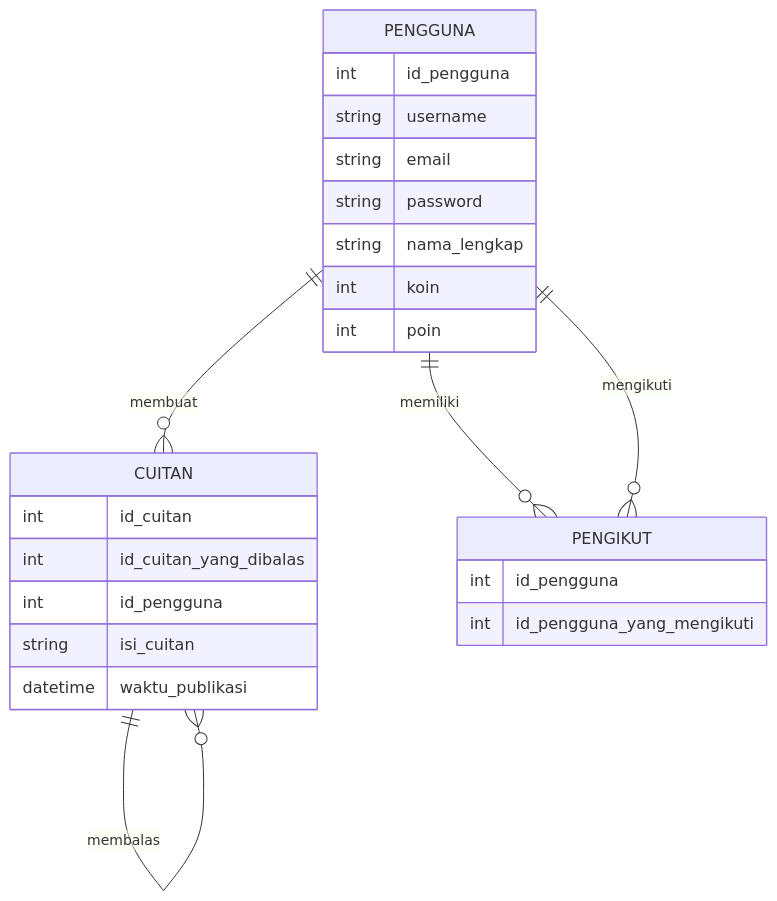
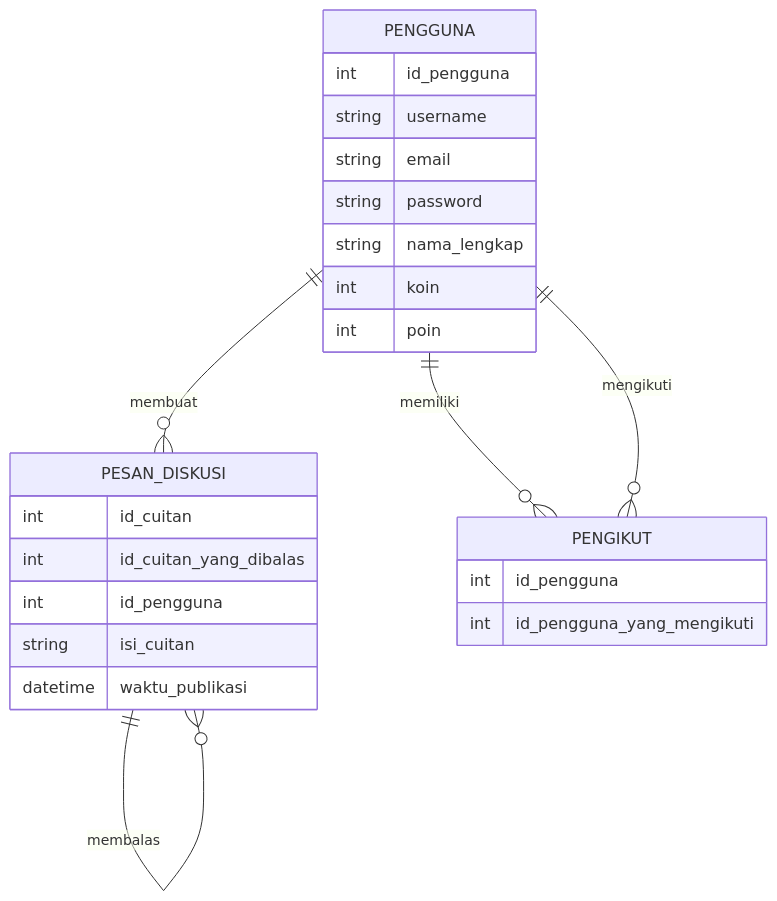
Before and after one commit to fahrizap/Kodein: the diagram in job interview.MD, drawn with Mermaid.

Commit message:
Update job interview.MD

````diff
--- a/job interview.MD
+++ b/job interview.MD
@@ -23,27 +23,27 @@
 ```mermaid
 erDiagram
   PENGGUNA {
     int id_pengguna 
     string username
     string email
     string password
     string nama_lengkap
     int koin
     int poin
   }
-  PENGGUNA ||--o{ CUITAN : membuat
-  CUITAN ||--o{ CUITAN : membalas 
-  CUITAN {
+  PENGGUNA ||--o{ PESAN_DISKUSI : membuat
+  PESAN_DISKUSI ||--o{ PESAN_DISKUSI : membalas 
+  PESAN_DISKUSI {
     int id_cuitan
     int id_cuitan_yang_dibalas
     int id_pengguna 
     string isi_cuitan 
     datetime waktu_publikasi 
   }
   PENGGUNA ||--o{ PENGIKUT : memiliki
   PENGGUNA ||--o{ PENGIKUT : mengikuti
   PENGIKUT {
     int id_pengguna
     int id_pengguna_yang_mengikuti
   }
 ```
````
